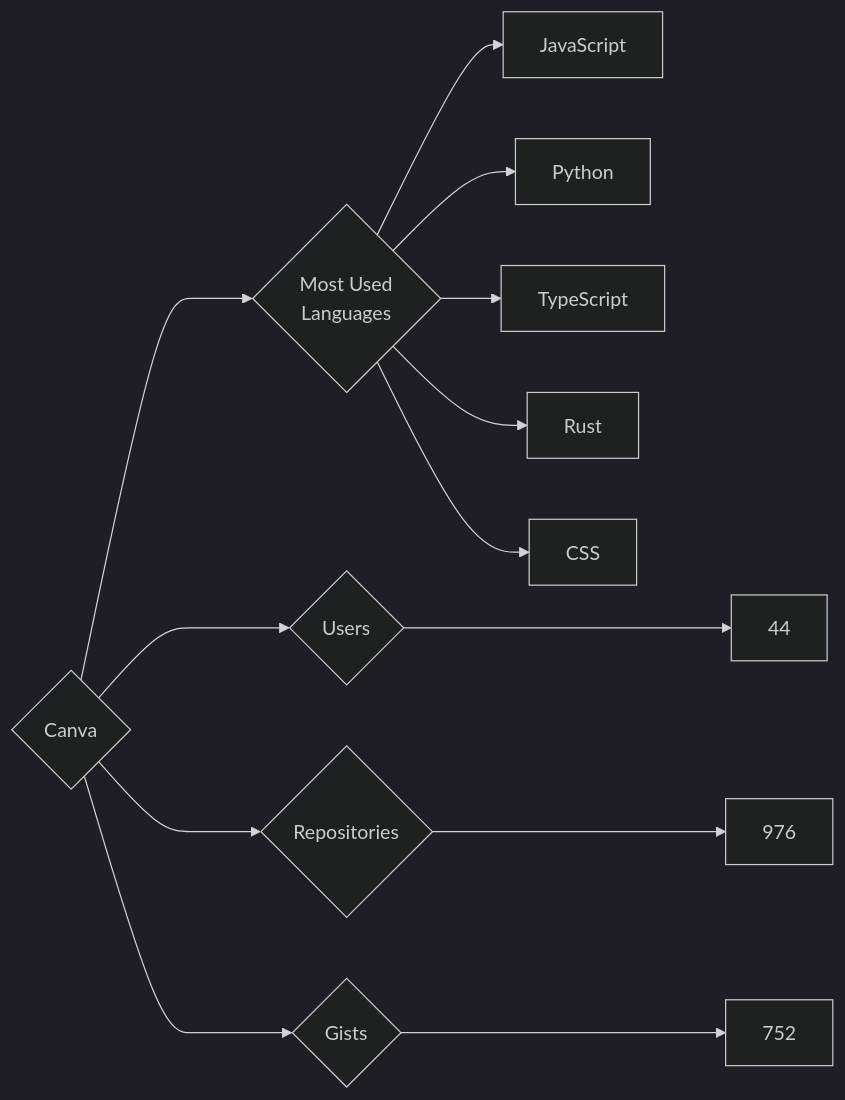
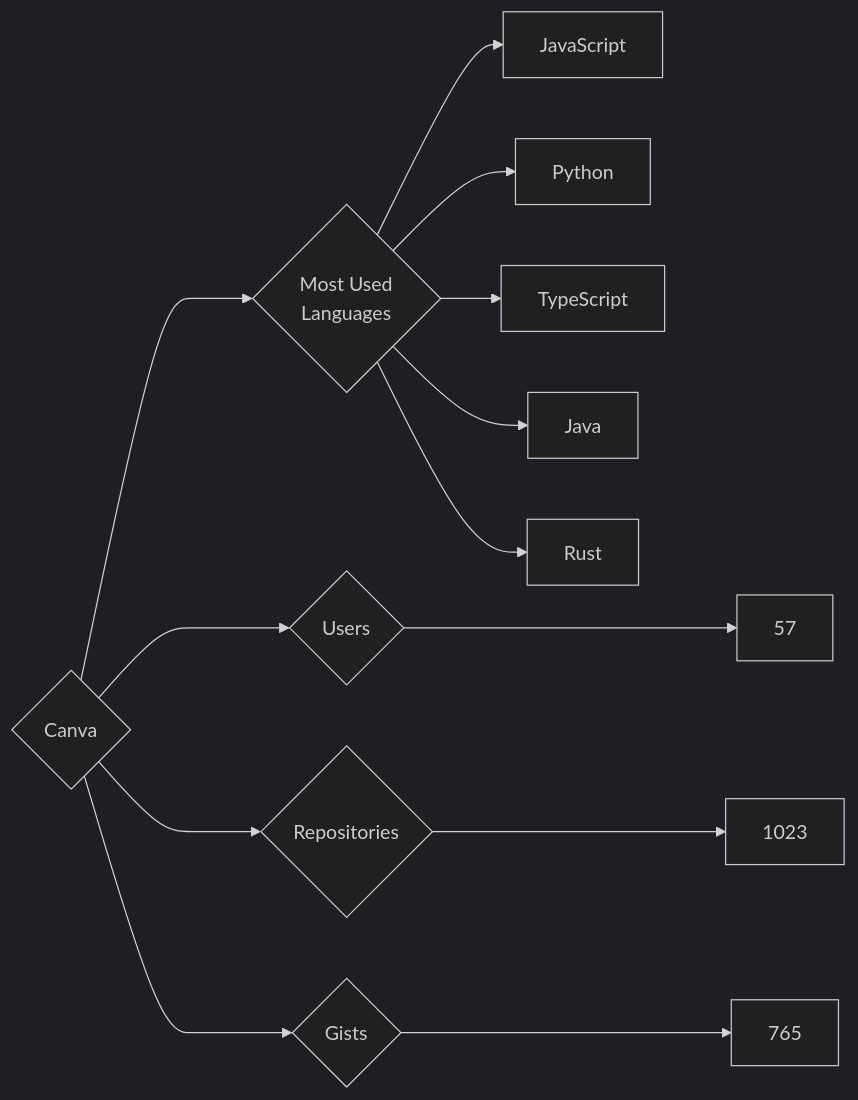
The diagram in targets/Canva/README.md (trickest/insiders), drawn with Mermaid (dark theme) before and after one commit. The commit also changed 777 other files, not shown here.

````diff
--- a/targets/Canva/README.md
+++ b/targets/Canva/README.md
@@ -3,13 +3,13 @@
 ```mermaid
 graph LR
 COMPANY_NAME{Canva}
-COMPANY_NAME ---> U{Users} ---> UN[44]
-COMPANY_NAME ---> R{Repositories} ---> RN[976]
-COMPANY_NAME ---> G{Gists} ---> GN[752]
+COMPANY_NAME ---> U{Users} ---> UN[57]
+COMPANY_NAME ---> R{Repositories} ---> RN[1023]
+COMPANY_NAME ---> G{Gists} ---> GN[765]
 COMPANY_NAME ---> ML{Most Used<br>Languages}
 ML --> JavaScript[JavaScript]
 ML --> Python[Python]
 ML --> TypeScript[TypeScript]
+ML --> Java[Java]
 ML --> Rust[Rust]
-ML --> CSS[CSS]
 ```
````
